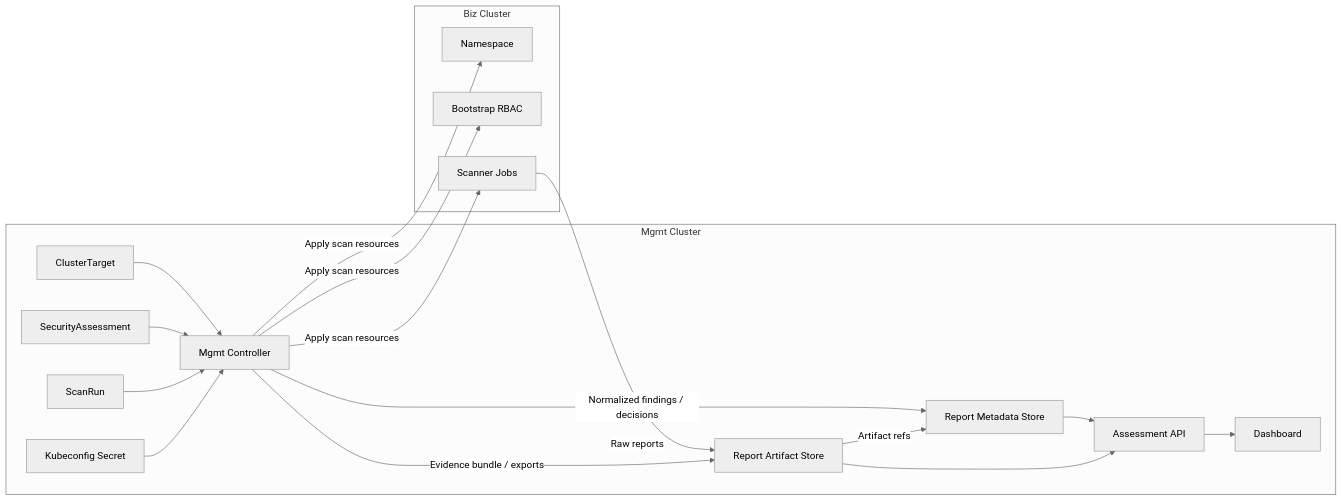
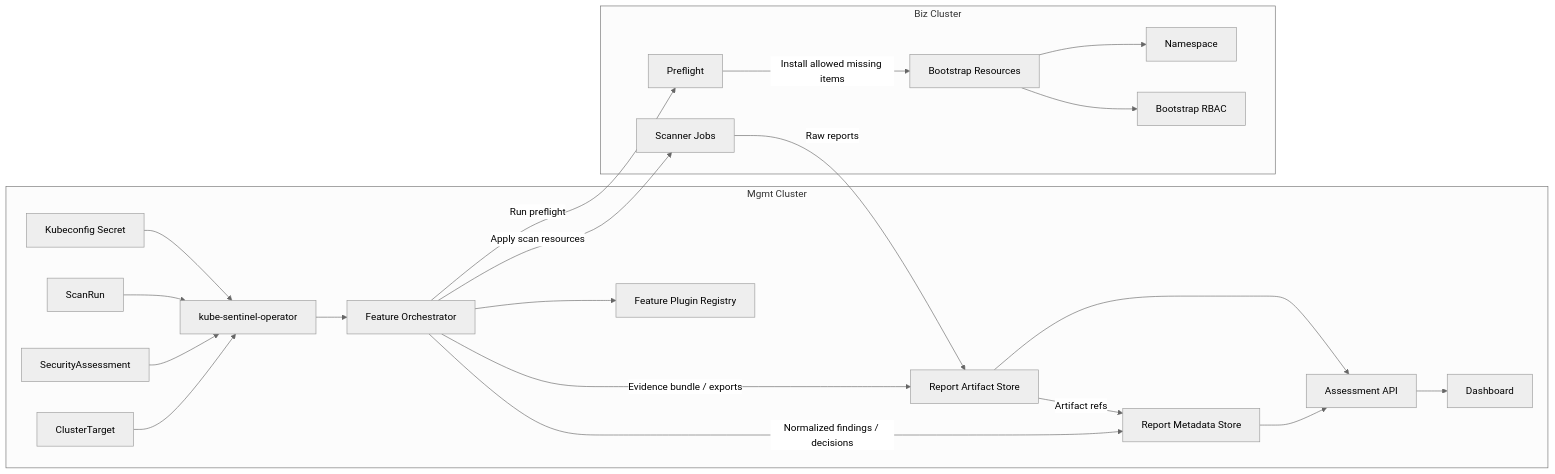
One commit to bocopile/kube-sentinel changed the diagram in docs/ARCHITECTURE.md. Above: the diagram before and after it, drawn with Mermaid (neutral theme). The commit also changed other lines of this file and 6 other files, not shown here.

Commit message:
docs: align assessment architecture docs

````diff
--- a/docs/ARCHITECTURE.md
+++ b/docs/ARCHITECTURE.md
@@ -36,36 +51,44 @@
 ```mermaid
 flowchart LR
     subgraph mgmt["Mgmt Cluster"]
-        controller["Mgmt Controller"]
+        controller["kube-sentinel-operator"]
+        orchestrator["Feature Orchestrator"]
+        registry["Feature Plugin Registry"]
         target_cr["ClusterTarget"]
         assessment_cr["SecurityAssessment"]
         scanrun_cr["ScanRun"]
         kubeconfig_secret["Kubeconfig Secret"]
         metadata_store["Report Metadata Store"]
         artifact_store["Report Artifact Store"]
         assessment_api["Assessment API"]
         dashboard["Dashboard"]
     end
 
     subgraph biz["Biz Cluster"]
+        preflight["Preflight"]
+        bootstrap["Bootstrap Resources"]
         ns["Namespace"]
         rbac["Bootstrap RBAC"]
         scanners["Scanner Jobs"]
     end
 
     target_cr --> controller
     assessment_cr --> controller
     scanrun_cr --> controller
     kubeconfig_secret --> controller
+    controller --> orchestrator
+    orchestrator --> registry
 
-    controller -->|"Apply scan resources"| ns
-    controller -->|"Apply scan resources"| rbac
-    controller -->|"Apply scan resources"| scanners
+    orchestrator -->|"Run preflight"| preflight
+    preflight -->|"Install allowed missing items"| bootstrap
+    bootstrap --> ns
+    bootstrap --> rbac
+    orchestrator -->|"Apply scan resources"| scanners
     scanners -->|"Raw reports"| artifact_store
-    controller -->|"Normalized findings / decisions"| metadata_store
-    controller -->|"Evidence bundle / exports"| artifact_store
+    orchestrator -->|"Normalized findings / decisions"| metadata_store
+    orchestrator -->|"Evidence bundle / exports"| artifact_store
     artifact_store -->|"Artifact refs"| metadata_store
     metadata_store --> assessment_api
     artifact_store --> assessment_api
     assessment_api --> dashboard
 ```
````
